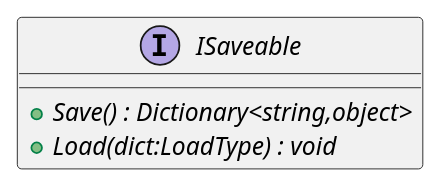
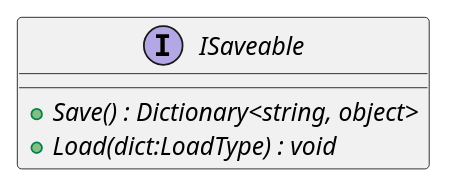
One commit to Leximon-SWE-2025/Leximon changed the diagram in PlantUML/scripts/ISaveable.puml. Above: the diagram before and after it, drawn with PlantUML. The commit also changed 13 other files, not shown here.

Commit message:
update UML

```diff
--- a/PlantUML/scripts/ISaveable.puml
+++ b/PlantUML/scripts/ISaveable.puml
@@ -1,6 +1,6 @@
 @startuml
 interface ISaveable {
-    + {abstract} Save() : Dictionary<string,object>
+    + {abstract} Save() : Dictionary<string, object>
     + {abstract} Load(dict:LoadType) : void
 }
 @enduml
```
